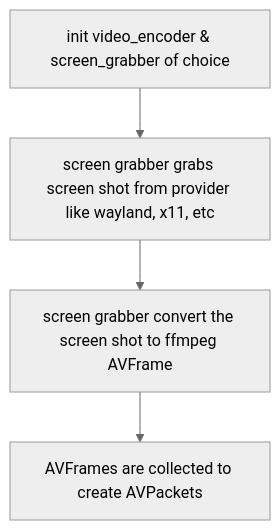
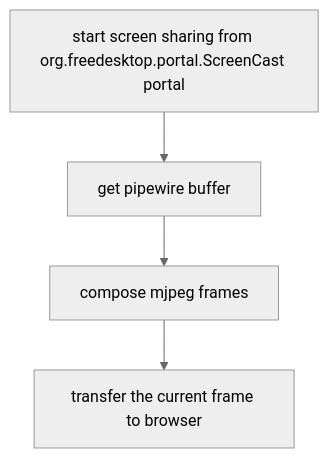
The diagram in README.md (bRuttaZz/cerve), drawn with Mermaid (neutral theme) before and after one commit. The commit also changed other lines of this file and 16 other files, not shown here.

````diff
--- a/README.md
+++ b/README.md
@@ -37,11 +31,11 @@
 ```mermaid
 
 flowchart TD
 
-  stp1[init video_encoder & screen_grabber of choice] --> stp2[screen grabber grabs screen shot from provider like wayland, x11, etc]
+  stp1[start screen sharing from org.freedesktop.portal.ScreenCast portal] --> stp2[get pipewire buffer]
 
-  stp2 --> stp3[screen grabber convert the screen shot to ffmpeg AVFrame]
+  stp2 --> stp3[compose mjpeg frames]
 
-  stp3 --> stp4[AVFrames are collected to create AVPackets]
+  stp3 --> stp4[transfer the current frame to browser]
 
 ```
````
